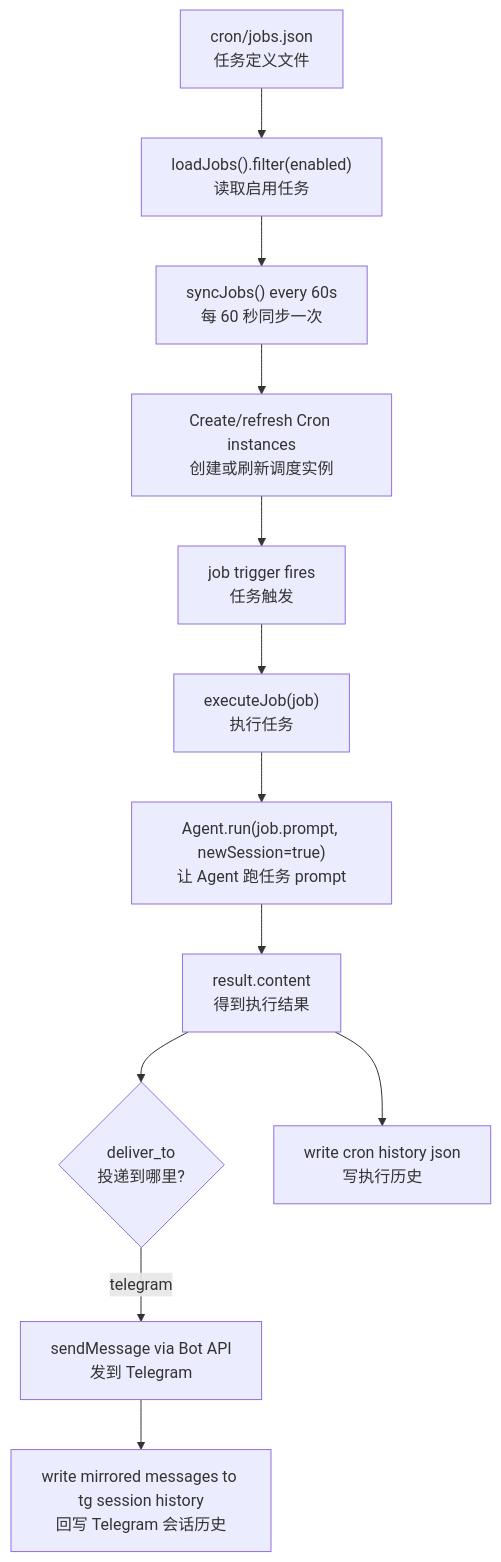
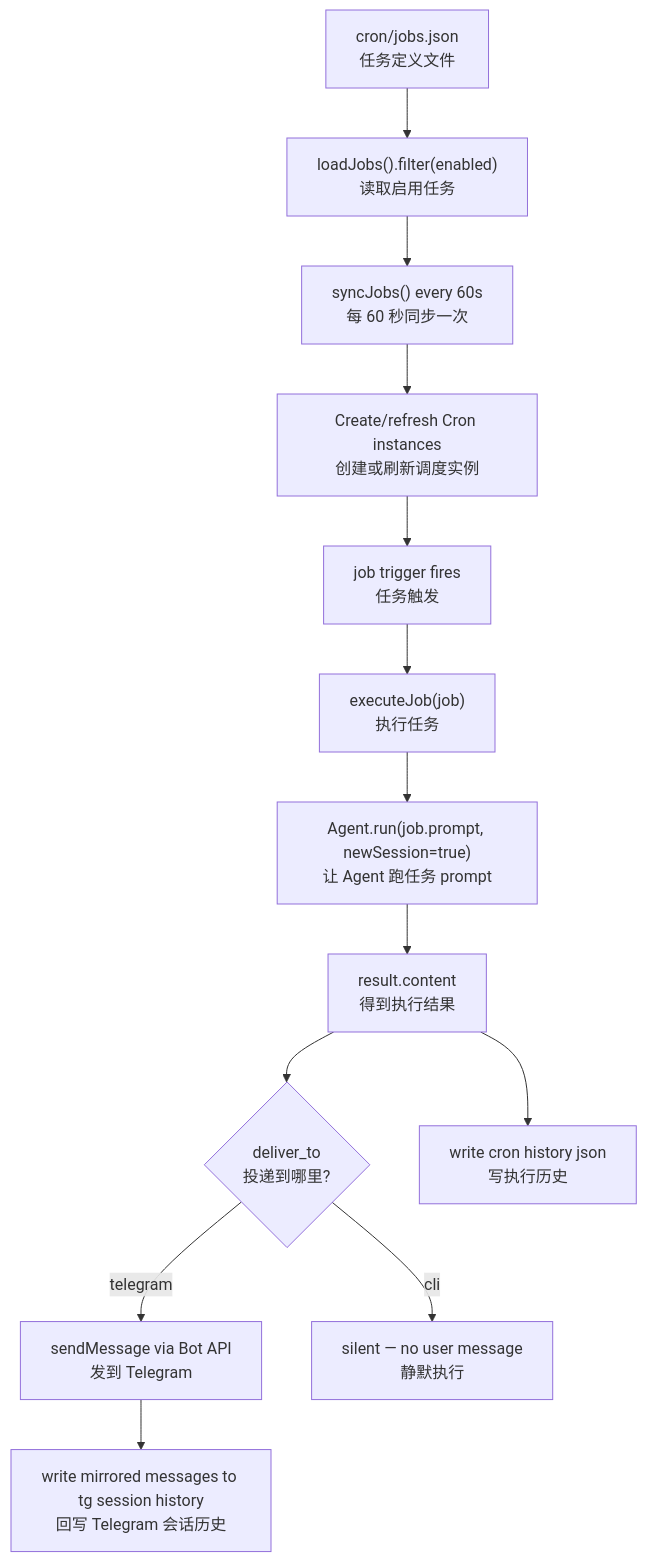
One commit to boltguo/anya changed the eighth of 13 diagrams in docs/architecture-diagrams.md. Above: the diagram before and after it, drawn with Mermaid. The commit also changed other lines of this file and 33 other files, not shown here.

````diff
--- a/docs/architecture-diagrams.md
+++ b/docs/architecture-diagrams.md
@@ -340,14 +341,15 @@
 ```mermaid
 flowchart TD
   JOBS["cron/jobs.json\n任务定义文件"] --> LOAD["loadJobs().filter(enabled)\n读取启用任务"]
   LOAD --> SYNC["syncJobs() every 60s\n每 60 秒同步一次"]
   SYNC --> REGISTER["Create/refresh Cron instances\n创建或刷新调度实例"]
   REGISTER --> FIRE["job trigger fires\n任务触发"]
   FIRE --> EXEC["executeJob(job)\n执行任务"]
   EXEC --> AGENT["Agent.run(job.prompt, newSession=true)\n让 Agent 跑任务 prompt"]
   AGENT --> RESULT["result.content\n得到执行结果"]
   RESULT --> DELIVER{"deliver_to\n投递到哪里?"}
   DELIVER -->|telegram| TG["sendMessage via Bot API\n发到 Telegram"]
+  DELIVER -->|cli| SILENT["silent — no user message\n静默执行"]
   TG --> LINK["write mirrored messages to tg session history\n回写 Telegram 会话历史"]
   RESULT --> HISTORY["write cron history json\n写执行历史"]
 ```
````
